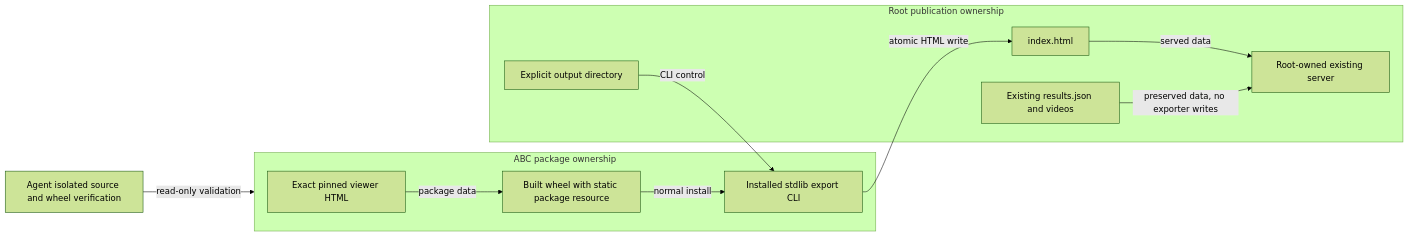
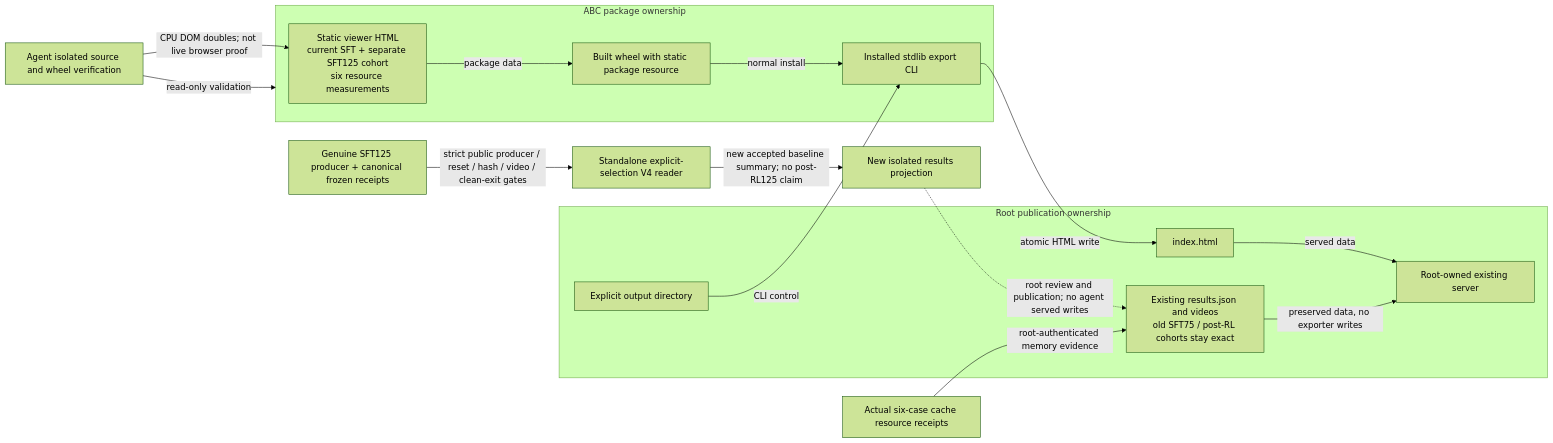
The diagram in docs/bench/ORIGINAL_METHODS_VIEWER.mmd (aditya9729/abc), drawn with Mermaid (forest theme) before and after one commit. The commit also changed 2 other files, not shown here.

Commit message:
Show separate selected SFT125 cohort and measured scene-cache memory

```diff
--- a/docs/bench/ORIGINAL_METHODS_VIEWER.mmd
+++ b/docs/bench/ORIGINAL_METHODS_VIEWER.mmd
@@ -1,19 +1,24 @@
 flowchart LR
   subgraph Package[ABC package ownership]
-    H[Exact pinned viewer HTML]
+    H[Static viewer HTML<br/>current SFT + separate SFT125 cohort<br/>six resource measurements]
     W[Built wheel with static package resource]
     C[Installed stdlib export CLI]
     H -->|package data| W
     W -->|normal install| C
   end
   subgraph Root[Root publication ownership]
     I[Explicit output directory]
     O[index.html]
-    D[Existing results.json and videos]
+    D[Existing results.json and videos<br/>old SFT75 / post-RL cohorts stay exact]
     S[Root-owned existing server]
     I -->|CLI control| C
     C -->|atomic HTML write| O
     O -->|served data| S
     D -->|preserved data, no exporter writes| S
   end
   A[Agent isolated source and wheel verification] -->|read-only validation| Package
+  P[Genuine SFT125 producer + canonical frozen receipts] -->|strict public producer / reset / hash / video / clean-exit gates| R[Standalone explicit-selection V4 reader]
+  R -->|new accepted baseline summary; no post-RL125 claim| J[New isolated results projection]
+  J -.->|root review and publication; no agent served writes| D
+  N[Actual six-case cache resource receipts] -->|root-authenticated memory evidence| D
+  A -->|CPU DOM doubles; not live browser proof| H
```
